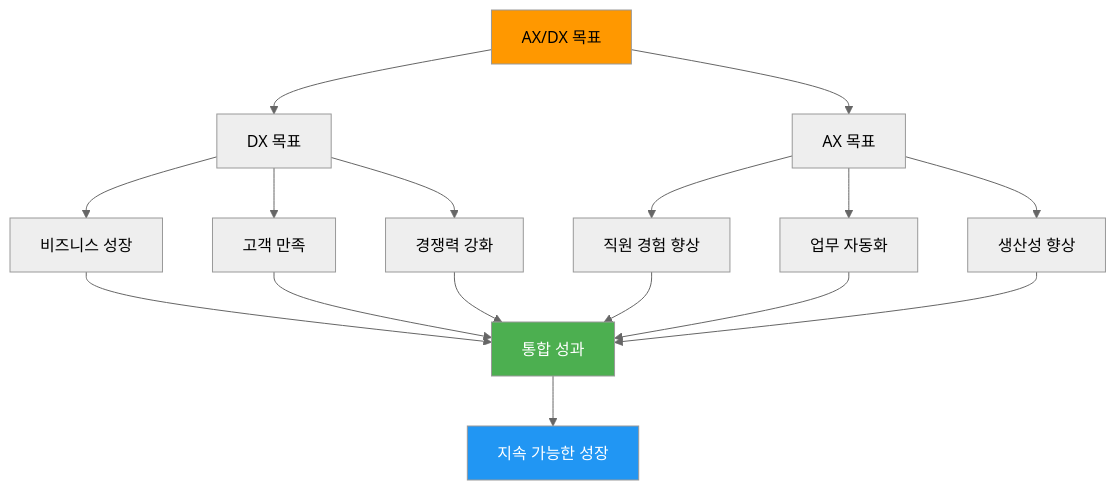
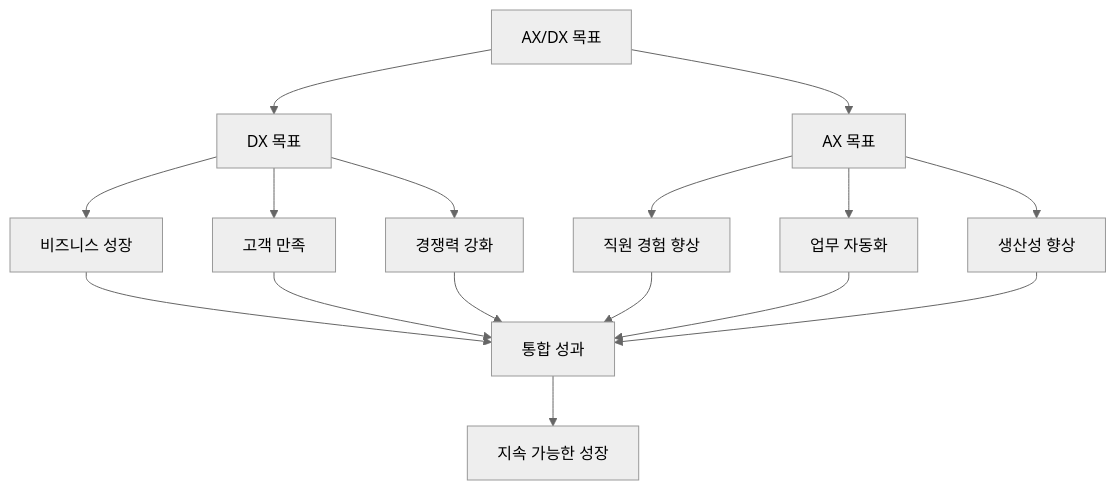
Before and after one commit to nugurejeil/weniVooks: diagram 23 of 23 in _md/genai-notion/chapter06/06-3.md, drawn with Mermaid (neutral theme). The commit also changed other lines of this file and 187 other files, not shown here.

````diff
--- a/_md/genai-notion/chapter06/06-3.md
+++ b/_md/genai-notion/chapter06/06-3.md
@@ -899,26 +871,22 @@
 ```mermaid
 graph TD
     A[AX/DX 목표] --> B[DX 목표]
     A --> C[AX 목표]
 
     B --> B1[비즈니스 성장]
     B --> B2[고객 만족]
     B --> B3[경쟁력 강화]
 
     C --> C1[직원 경험 향상]
     C --> C2[업무 자동화]
     C --> C3[생산성 향상]
 
     B1 --> D[통합 성과]
     B2 --> D
     B3 --> D
     C1 --> D
     C2 --> D
     C3 --> D
 
     D --> E[지속 가능한 성장]
-
-    style A fill:#FF9800,color:#000
-    style D fill:#4CAF50,color:#fff
-    style E fill:#2196F3,color:#fff
 ```
````
